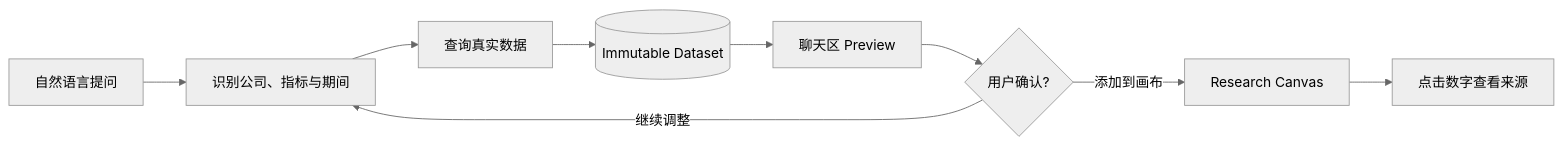
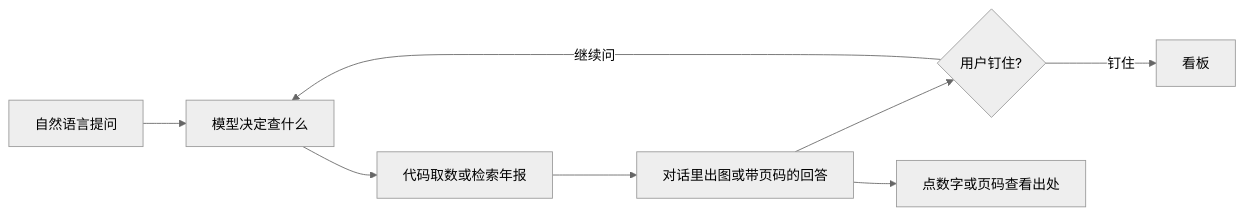
Before and after one commit to du24601-png/research-canvas: the diagram in README.md, drawn with Mermaid (neutral theme). The commit also changed other lines of this file, not shown here.

````diff
--- a/README.md
+++ b/README.md
@@ -58,11 +69,10 @@
 ```mermaid
 flowchart LR
-  U[自然语言提问] --> I[识别公司、指标与期间]
-  I --> Q[查询真实数据]
-  Q --> D[(Immutable Dataset)]
-  D --> P[聊天区 Preview]
-  P --> C{用户确认?}
-  C -->|添加到画布| W[Research Canvas]
-  C -->|继续调整| I
-  W --> S[点击数字查看来源]
+  U[自然语言提问] --> M[模型决定查什么]
+  M --> Q[代码取数或检索年报]
+  Q --> R[对话里出图或带页码的回答]
+  R --> C{用户钉住?}
+  C -->|钉住| B[看板]
+  C -->|继续问| M
+  R --> S[点数字或页码查看出处]
 ```
````
